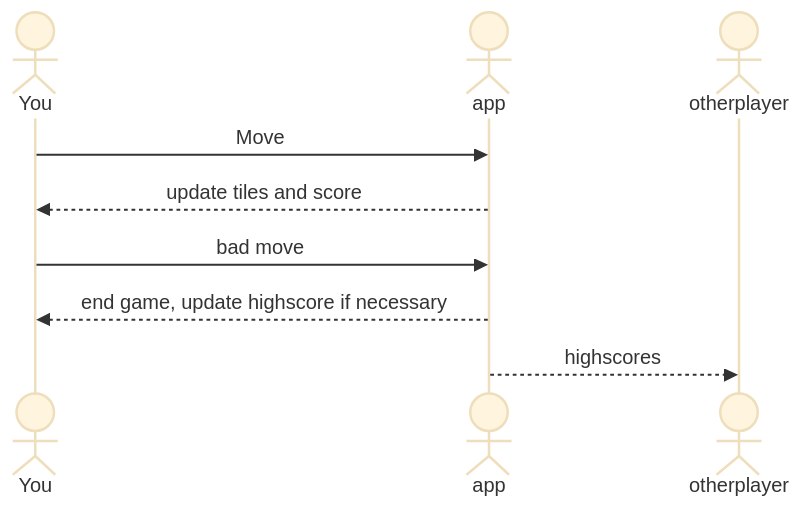
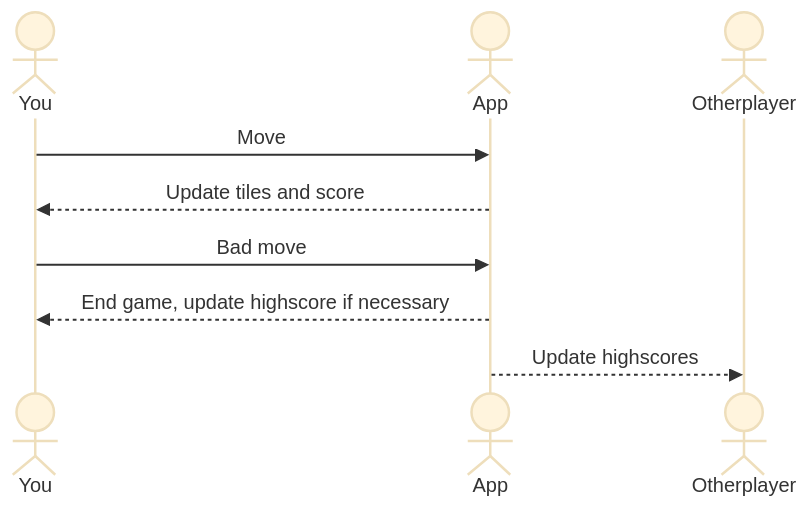
One commit to TalmageWoodhouse/startup changed the diagram in README.md. Above: the diagram before and after it, drawn with Mermaid (base theme).

Commit message:
second mermaid commit

````diff
--- a/README.md
+++ b/README.md
@@ -38,11 +38,11 @@
 ```mermaid
 sequenceDiagram
     actor You
-    actor app
-    actor otherplayer
-    You->>app: Move
-    app-->>You: update tiles and score
-    You->>app: bad move
-    app-->>You: end game, update highscore if necessary
-    app-->>otherplayer: highscores
+    actor App
+    actor Otherplayer
+    You->>App: Move
+    App-->>You: Update tiles and score
+    You->>App: Bad move
+    App-->>You: End game, update highscore if necessary
+    App-->>Otherplayer: Update highscores
 ```
````
